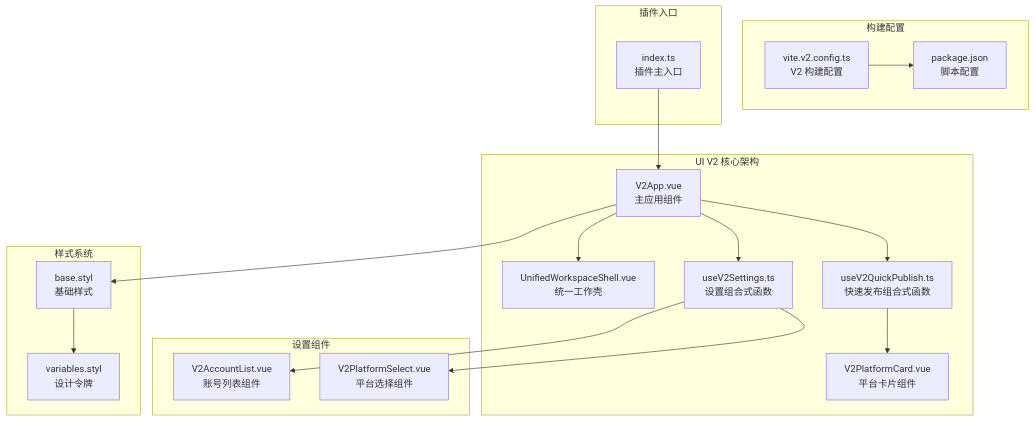
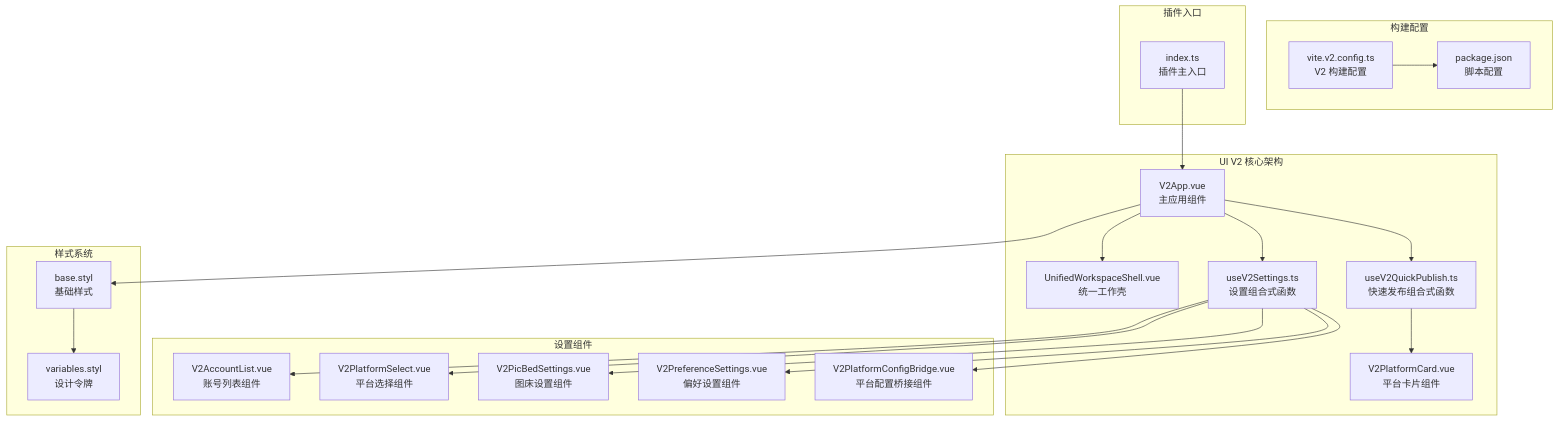
Before and after one commit to terwer/siyuan-plugin-publisher: the first of 5 diagrams in .qoder/repowiki/zh/content/用户界面组件/UI V2 里程碑进度.md, drawn with Mermaid. The commit also changed other lines of this file and 27 other files, not shown here.

First line of the commit message:
feat(commonblog): add common blog setting component for platform config

````diff
--- a/.qoder/repowiki/zh/content/用户界面组件/UI V2 里程碑进度.md
+++ b/.qoder/repowiki/zh/content/用户界面组件/UI V2 里程碑进度.md
@@ -54,35 +58,41 @@
 ```mermaid
 graph TB
 subgraph "UI V2 核心架构"
 V2App[V2App.vue<br/>主应用组件]
 Shell[UnifiedWorkspaceShell.vue<br/>统一工作壳]
 Quick[useV2QuickPublish.ts<br/>快速发布组合式函数]
 Platform[V2PlatformCard.vue<br/>平台卡片组件]
 Settings[useV2Settings.ts<br/>设置组合式函数]
 end
 subgraph "设置组件"
 AccountList[V2AccountList.vue<br/>账号列表组件]
 PlatformSelect[V2PlatformSelect.vue<br/>平台选择组件]
+PicBedSettings[V2PicBedSettings.vue<br/>图床设置组件]
+PreferenceSettings[V2PreferenceSettings.vue<br/>偏好设置组件]
+PlatformConfigBridge[V2PlatformConfigBridge.vue<br/>平台配置桥接组件]
 end
 subgraph "样式系统"
 Base[base.styl<br/>基础样式]
 Variables[variables.styl<br/>设计令牌]
 end
 subgraph "构建配置"
 Vite[vite.v2.config.ts<br/>V2 构建配置]
 Package[package.json<br/>脚本配置]
 end
 subgraph "插件入口"
 Index[index.ts<br/>插件主入口]
 end
 V2App --> Shell
 V2App --> Quick
 V2App --> Settings
 Quick --> Platform
 Settings --> AccountList
 Settings --> PlatformSelect
+Settings --> PicBedSettings
+Settings --> PreferenceSettings
+Settings --> PlatformConfigBridge
 V2App --> Base
 Base --> Variables
 Vite --> Package
 Index --> V2App
 ```
````
